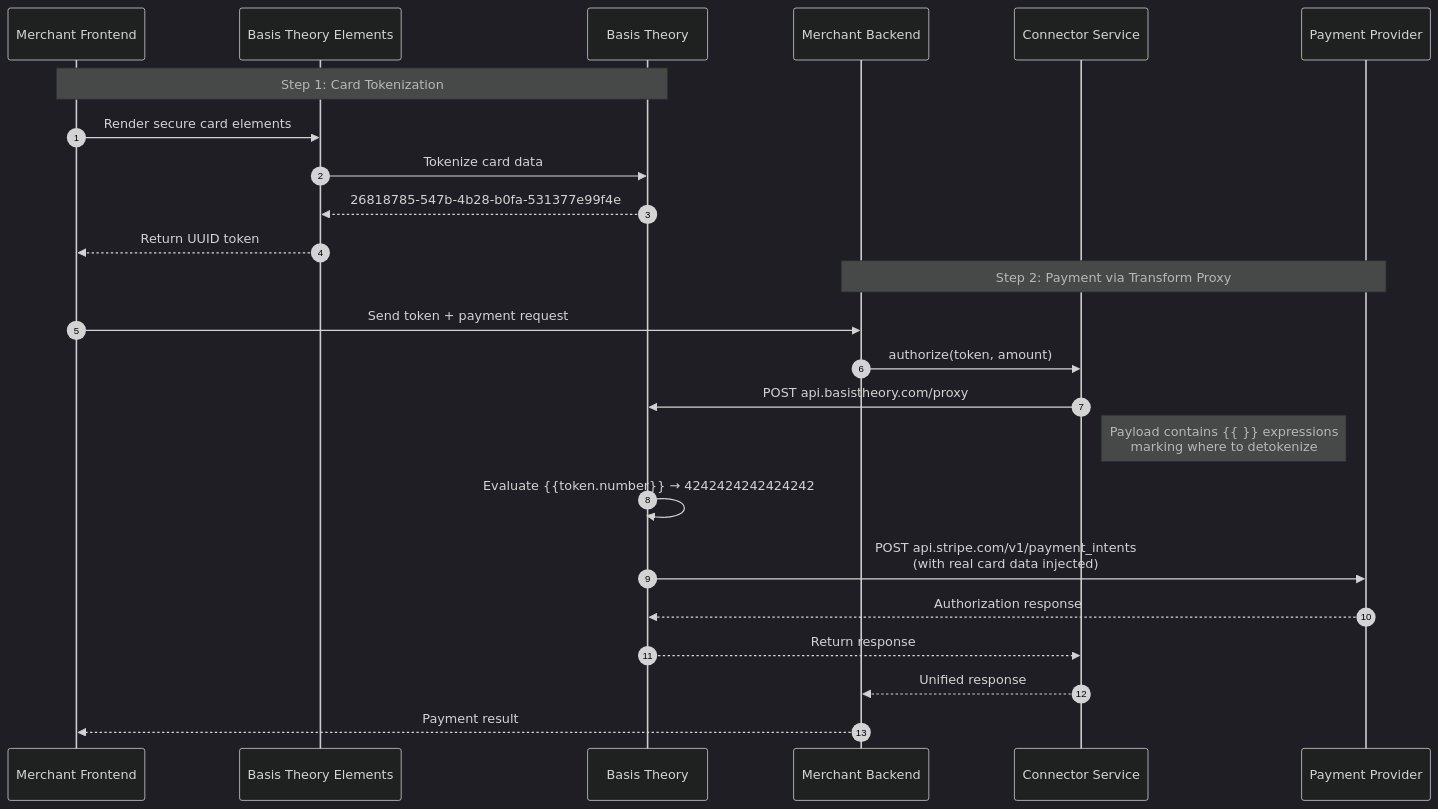
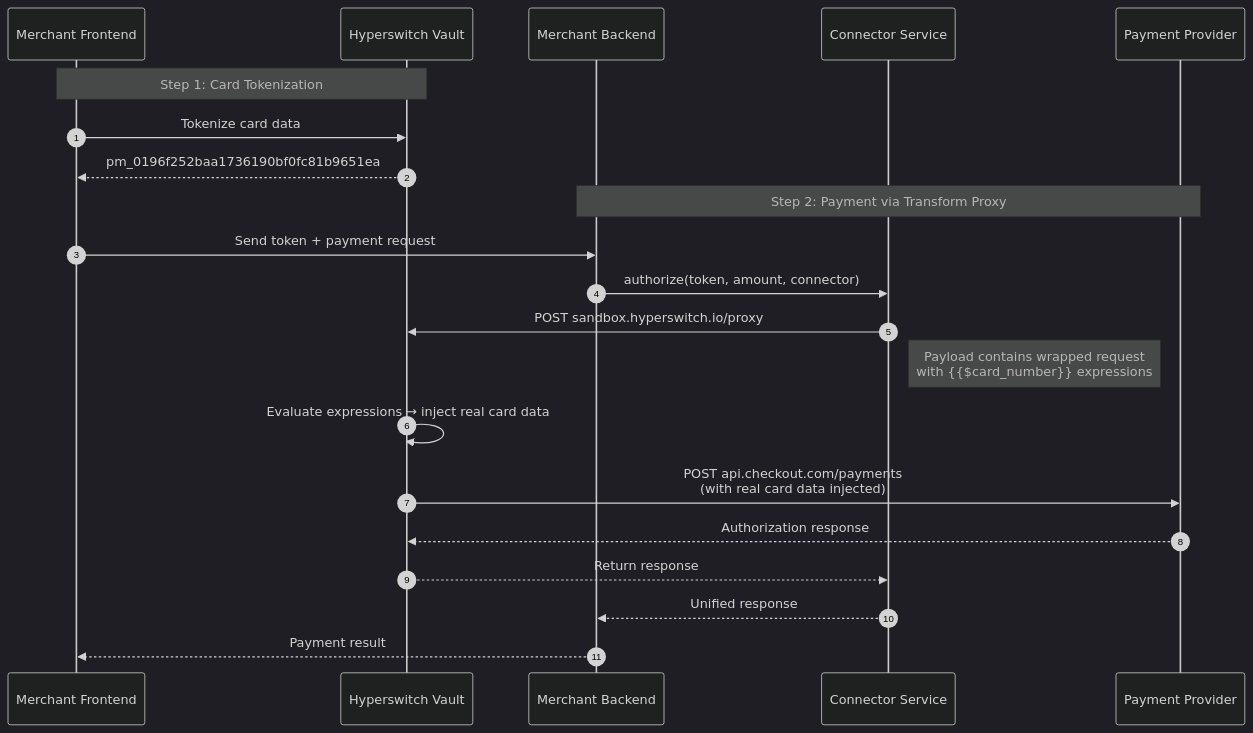
The first of 2 diagrams in docs/pci-compliance/transform-proxy.md (juspay/connector-service), drawn with Mermaid (dark theme) before and after one commit. The commit also changed other lines of this file and 4 other files, not shown here.

First line of the commit message:
docs: Replace Skyflow with Hyperswitch Vault as Transform Proxy example

````diff
--- a/docs/pci-compliance/transform-proxy.md
+++ b/docs/pci-compliance/transform-proxy.md
@@ -22,28 +22,25 @@
 ```mermaid
 sequenceDiagram
     autonumber
     participant FE as Merchant Frontend
-    participant BTE as Basis Theory Elements
-    participant BT as Basis Theory
+    participant HV as Hyperswitch Vault
     participant BE as Merchant Backend
     participant UCS as Connector Service
     participant PSP as Payment Provider
 
-    Note over FE,BT: Step 1: Card Tokenization
-    FE->>BTE: Render secure card elements
-    BTE->>BT: Tokenize card data
-    BT-->>BTE: 26818785-547b-4b28-b0fa-531377e99f4e
-    BTE-->>FE: Return UUID token
+    Note over FE,HV: Step 1: Card Tokenization
+    FE->>HV: Tokenize card data
+    HV-->>FE: pm_0196f252baa1736190bf0fc81b9651ea
 
     Note over BE,PSP: Step 2: Payment via Transform Proxy
     FE->>BE: Send token + payment request
-    BE->>UCS: authorize(token, amount)
-    UCS->>BT: POST api.basistheory.com/proxy
-    Note right of UCS: Payload contains {{ }} expressions<br/>marking where to detokenize
-    BT->>BT: Evaluate {{token.number}} → 4242424242424242
-    BT->>PSP: POST api.stripe.com/v1/payment_intents<br/>(with real card data injected)
-    PSP-->>BT: Authorization response
-    BT-->>UCS: Return response
+    BE->>UCS: authorize(token, amount, connector)
+    UCS->>HV: POST sandbox.hyperswitch.io/proxy
+    Note right of UCS: Payload contains wrapped request<br/>with {{$card_number}} expressions
+    HV->>HV: Evaluate expressions → inject real card data
+    HV->>PSP: POST api.checkout.com/payments<br/>(with real card data injected)
+    PSP-->>HV: Authorization response
+    HV-->>UCS: Return response
     UCS-->>BE: Unified response
     BE-->>FE: Payment result
 ```
````
